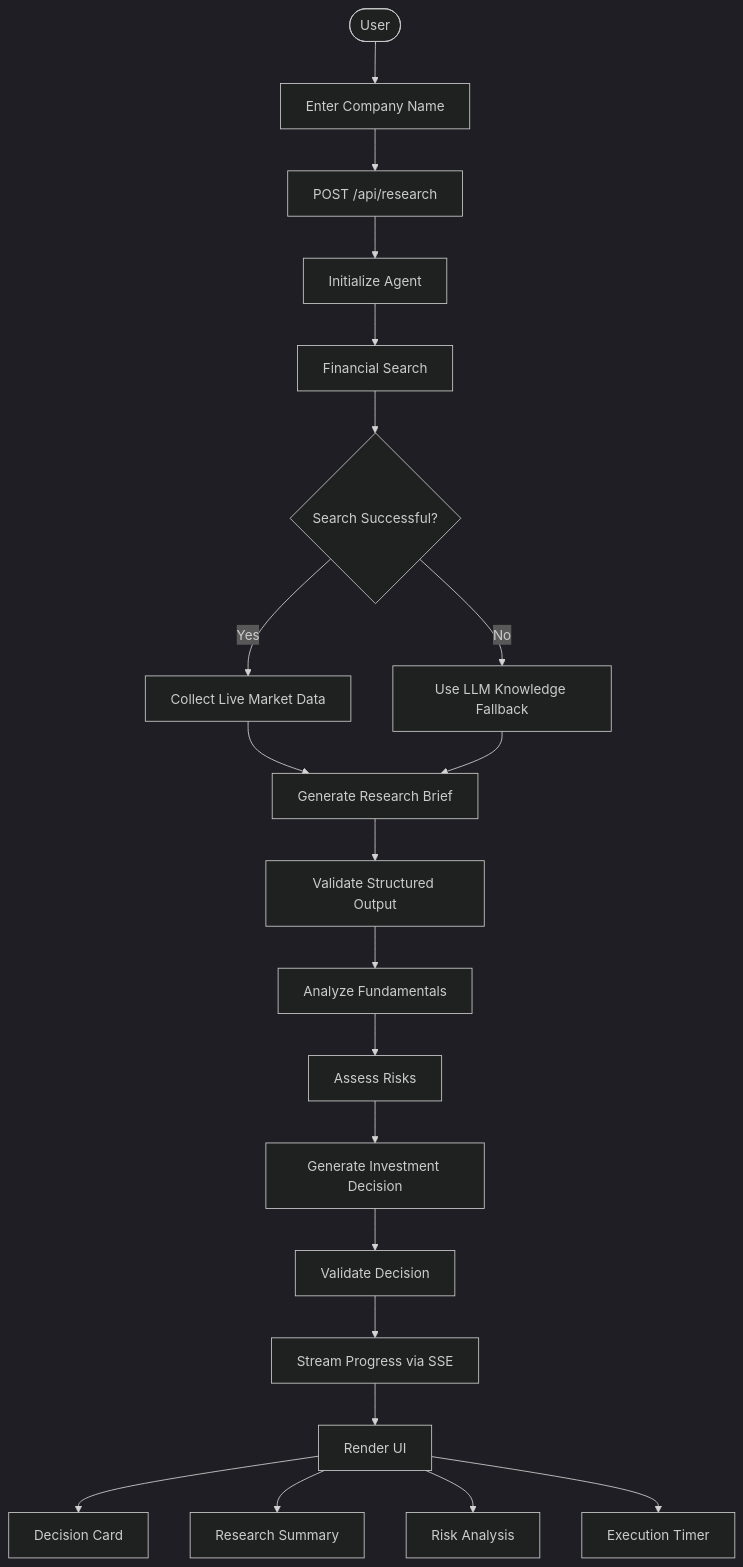
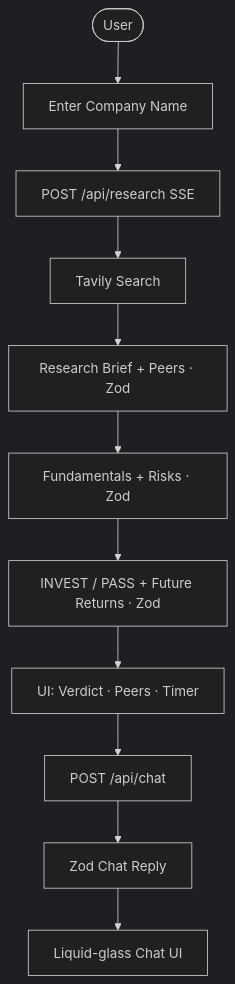
One commit to ylcharan/investment-ai-agent changed the diagram in README.md. Above: the diagram before and after it, drawn with Mermaid. The commit also changed other lines of this file and 6 other files, not shown here.

````diff
--- a/README.md
+++ b/README.md
@@ -52,54 +63,16 @@
 ```mermaid
 %%{init: {"theme":"dark"}}%%
 
 flowchart TD
 
-    A([User])
-    B[Enter Company Name]
-    C[POST /api/research]
-    D[Initialize Agent]
-    E[Financial Search]
-    F{Search Successful?}
-
-    G[Collect Live Market Data]
-    H[Use LLM Knowledge Fallback]
-
-    I[Generate Research Brief]
-    J[Validate Structured Output]
-
-    K[Analyze Fundamentals]
-    L[Assess Risks]
-
-    M[Generate Investment Decision]
-    N[Validate Decision]
-
-    O[Stream Progress via SSE]
-
-    P[Render UI]
-
-    Q[Decision Card]
-    R[Research Summary]
-    S[Risk Analysis]
-    T[Execution Timer]
-
-    A --> B
-    B --> C
-    C --> D
-    D --> E
-    E --> F
-    F -->|Yes| G
-    F -->|No| H
-    G --> I
-    H --> I
-    I --> J
-    J --> K
-    K --> L
-    L --> M
-    M --> N
-    N --> O
-    O --> P
-    P --> Q
-    P --> R
-    P --> S
-    P --> T
+    A([User]) --> B[Enter Company Name]
+    B --> C[POST /api/research SSE]
+    C --> D[Tavily Search]
+    D --> E[Research Brief + Peers · Zod]
+    E --> F[Fundamentals + Risks · Zod]
+    F --> G[INVEST / PASS + Future Returns · Zod]
+    G --> H[UI: Verdict · Peers · Timer]
+    H --> I[POST /api/chat]
+    I --> J[Zod Chat Reply]
+    J --> K[Liquid-glass Chat UI]
 ```
````
